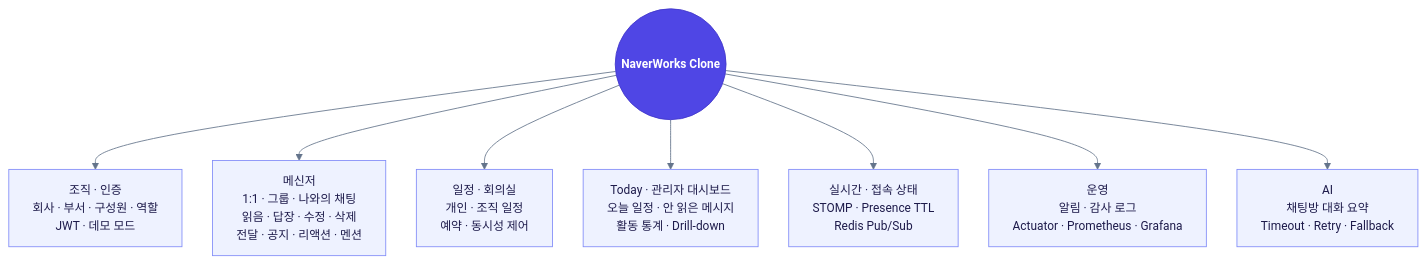
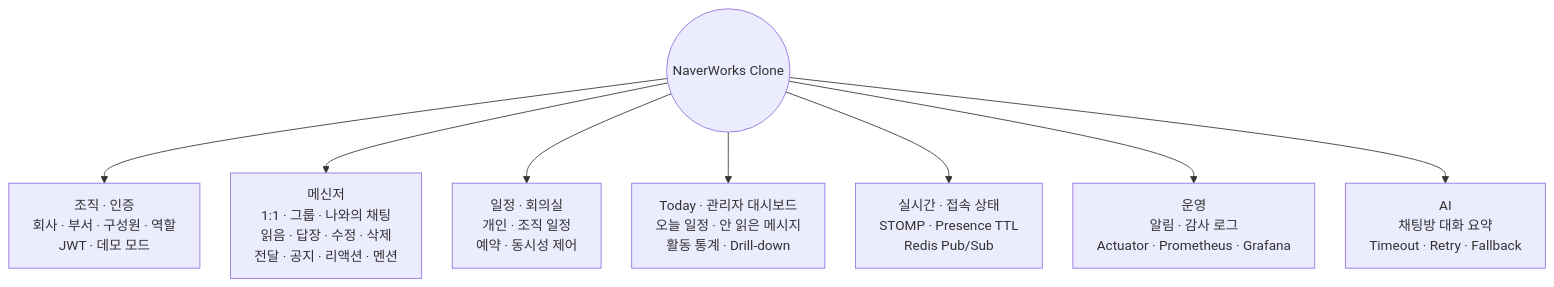
Before and after one commit to wjsgusdn12/naverworks_clone_api: the third of 15 diagrams in README.md, drawn with Mermaid. The commit also changed other lines of this file and 26 other files, not shown here.

````diff
--- a/README.md
+++ b/README.md
@@ -219,70 +119,21 @@
 ```mermaid
 ---
 config:
-  theme: base
-  fontFamily: "Pretendard, Malgun Gothic, Apple SD Gothic Neo, Noto Sans KR, sans-serif"
   markdownAutoWrap: false
   flowchart:
     curve: basis
     padding: 14
     nodeSpacing: 36
     rankSpacing: 48
     wrappingWidth: 800
-  themeVariables:
-    fontSize: 14px
-    primaryColor: "#eef2ff"
-    primaryTextColor: "#1e1b4b"
-    primaryBorderColor: "#818cf8"
-    secondaryColor: "#f0f9ff"
-    secondaryBorderColor: "#7dd3fc"
-    tertiaryColor: "#f8fafc"
-    tertiaryBorderColor: "#cbd5e1"
-    lineColor: "#64748b"
-    textColor: "#1e293b"
-    clusterBkg: "#f8fafc"
-    clusterBorder: "#cbd5e1"
-    edgeLabelBackground: "#ffffff"
-    nodeBorder: "#818cf8"
-    mainBkg: "#eef2ff"
-    actorBkg: "#eef2ff"
-    actorBorder: "#818cf8"
-    actorTextColor: "#1e1b4b"
-    actorLineColor: "#cbd5e1"
-    signalColor: "#334155"
-    signalTextColor: "#334155"
-    labelBoxBkgColor: "#f1f5f9"
-    labelBoxBorderColor: "#cbd5e1"
-    noteBkgColor: "#fef3c7"
-    noteBorderColor: "#fbbf24"
-    noteTextColor: "#78350f"
-    activationBkgColor: "#e0e7ff"
-    activationBorderColor: "#818cf8"
-    cScale0: "#6366f1"
-    cScale1: "#0ea5e9"
-    cScale2: "#10b981"
-    cScale3: "#f59e0b"
-    cScale4: "#ec4899"
-    cScaleLabel0: "#ffffff"
-    cScaleLabel1: "#ffffff"
-    cScaleLabel2: "#ffffff"
-    cScaleLabel3: "#ffffff"
-    cScaleLabel4: "#ffffff"
-    attributeBackgroundColorEven: "#f8fafc"
-    attributeBackgroundColorOdd: "#ffffff"
 ---
 flowchart TB
     Core(("NaverWorks Clone"))
     Core --> Identity["조직 · 인증<br/>회사 · 부서 · 구성원 · 역할<br/>JWT · 데모 모드"]
     Core --> Chat["메신저<br/>1:1 · 그룹 · 나와의 채팅<br/>읽음 · 답장 · 수정 · 삭제<br/>전달 · 공지 · 리액션 · 멘션"]
     Core --> Schedule["일정 · 회의실<br/>개인 · 조직 일정<br/>예약 · 동시성 제어"]
     Core --> Home["Today · 관리자 대시보드<br/>오늘 일정 · 안 읽은 메시지<br/>활동 통계 · Drill-down"]
     Core --> Realtime["실시간 · 접속 상태<br/>STOMP · Presence TTL<br/>Redis Pub/Sub"]
     Core --> Ops["운영<br/>알림 · 감사 로그<br/>Actuator · Prometheus · Grafana"]
     Core --> AI["AI<br/>채팅방 대화 요약<br/>Timeout · Retry · Fallback"]
-    classDef store fill:#ecfdf5,stroke:#34d399,color:#064e3b
-    classDef focus fill:#4f46e5,stroke:#4338ca,color:#ffffff,font-weight:bold
-    classDef store fill:#ecfdf5,stroke:#34d399,color:#064e3b
-    classDef external fill:#fff7ed,stroke:#fb923c,color:#7c2d12
-    classDef focus fill:#4f46e5,stroke:#4338ca,color:#ffffff,font-weight:bold
-    class Core focus
 ```
````
